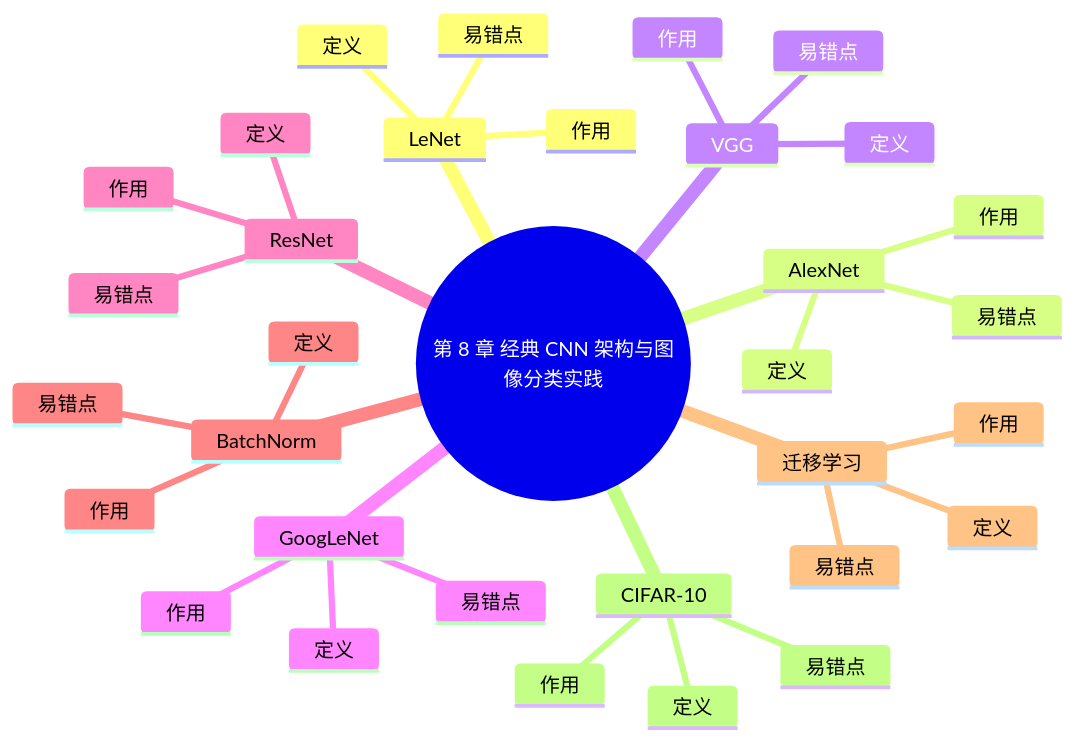
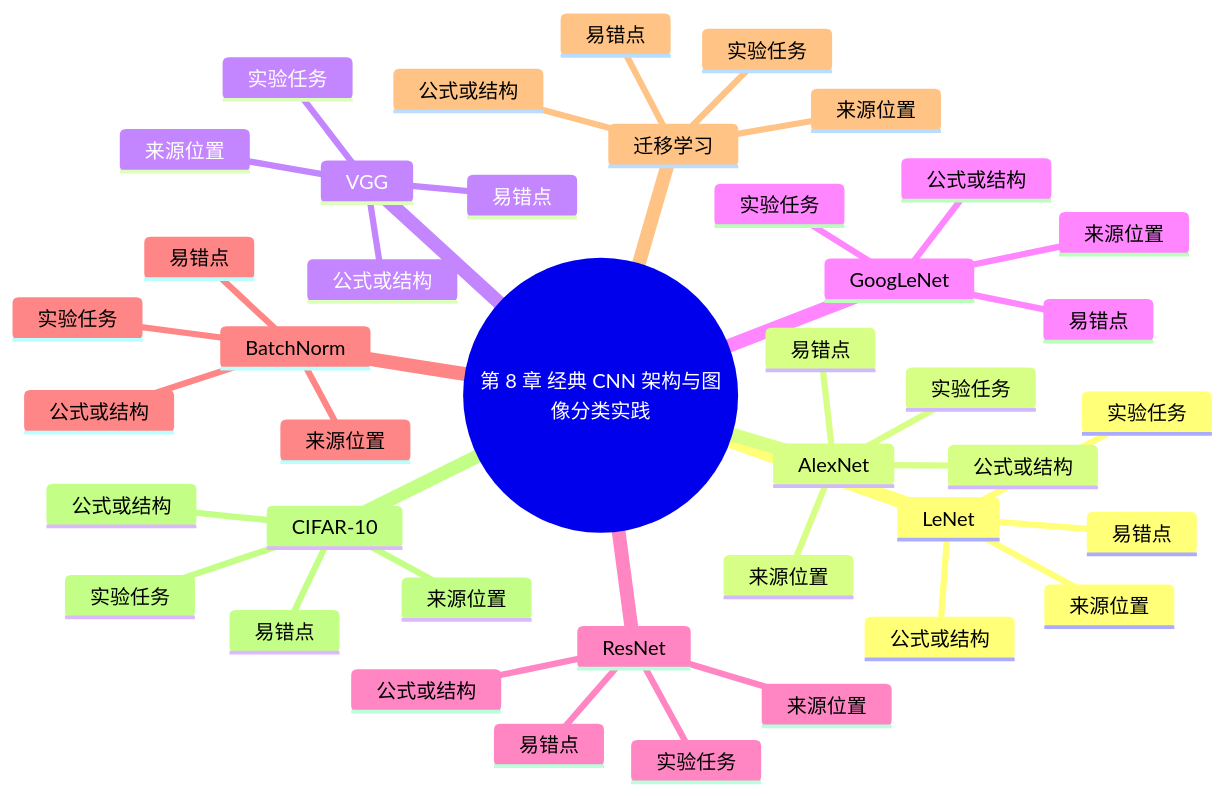
One commit to jiannanxie834-byte/LingXi-Backend changed the diagram in data/knowledge_base/deep_learning_v2/courseware/chapter_08_cnn_architectures_and_cv_practice/mind_map.mmd. Above: the diagram before and after it, drawn with Mermaid. The commit also changed 47 other files, not shown here.

````diff
--- a/data/knowledge_base/deep_learning_v2/courseware/chapter_08_cnn_architectures_and_cv_practice/mind_map.mmd
+++ b/data/knowledge_base/deep_learning_v2/courseware/chapter_08_cnn_architectures_and_cv_practice/mind_map.mmd
@@ -1,34 +1,44 @@
+```mermaid
 mindmap
   root((第 8 章 经典 CNN 架构与图像分类实践))
     LeNet
-      定义
-      作用
+      来源位置
+      公式或结构
+      实验任务
       易错点
     AlexNet
-      定义
-      作用
+      来源位置
+      公式或结构
+      实验任务
       易错点
     VGG
-      定义
-      作用
+      来源位置
+      公式或结构
+      实验任务
       易错点
     GoogLeNet
-      定义
-      作用
+      来源位置
+      公式或结构
+      实验任务
       易错点
     ResNet
-      定义
-      作用
+      来源位置
+      公式或结构
+      实验任务
       易错点
     BatchNorm
-      定义
-      作用
+      来源位置
+      公式或结构
+      实验任务
       易错点
     迁移学习
-      定义
-      作用
+      来源位置
+      公式或结构
+      实验任务
       易错点
     CIFAR-10
-      定义
-      作用
+      来源位置
+      公式或结构
+      实验任务
       易错点
+```
````
